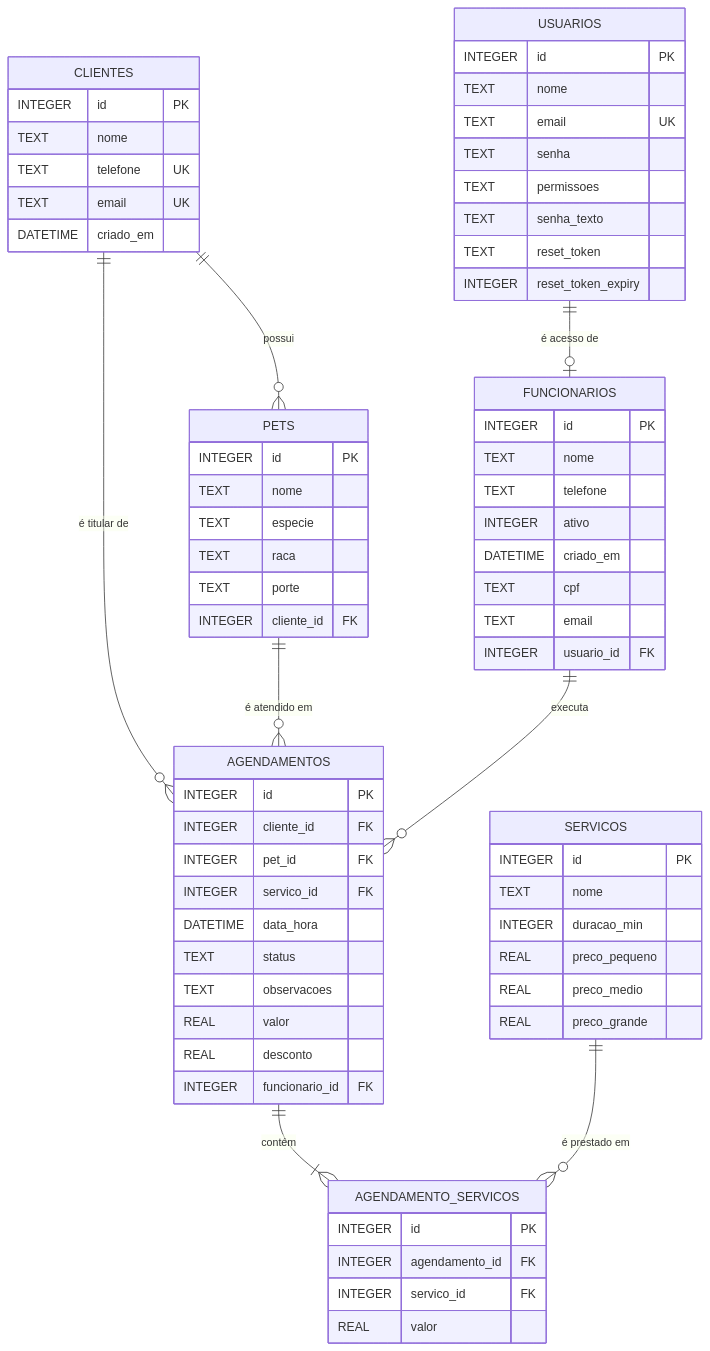
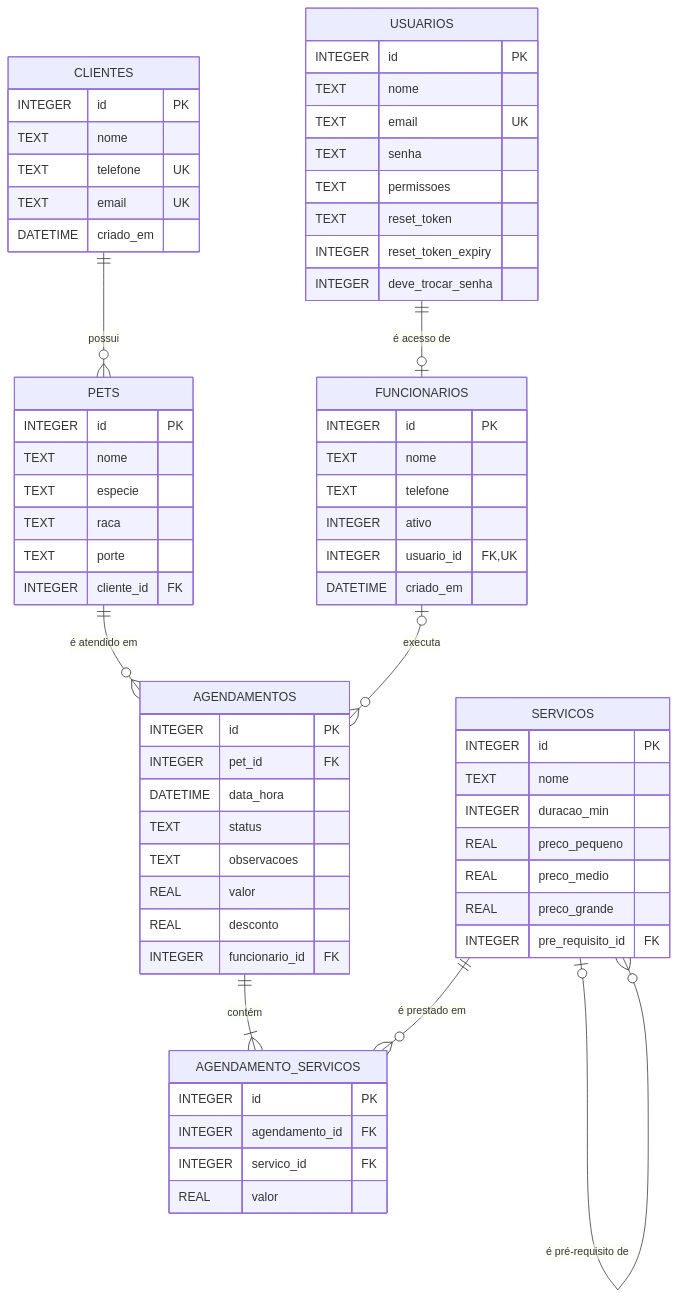
The diagram in docs/DER.md (adrianrothh/BiomaPetShop), drawn with Mermaid before and after one commit. The commit also changed other lines of this file and 12 other files, not shown here.

First line of the commit message:
feat: integridade referencial no schema com a migration 002 (BL-16, DT-06)

````diff
--- a/docs/DER.md
+++ b/docs/DER.md
@@ -13,78 +14,75 @@
 ```mermaid
 erDiagram
     USUARIOS ||--o| FUNCIONARIOS : "é acesso de"
     CLIENTES ||--o{ PETS : "possui"
-    CLIENTES ||--o{ AGENDAMENTOS : "é titular de"
     PETS ||--o{ AGENDAMENTOS : "é atendido em"
-    FUNCIONARIOS ||--o{ AGENDAMENTOS : "executa"
+    FUNCIONARIOS |o--o{ AGENDAMENTOS : "executa"
     AGENDAMENTOS ||--|{ AGENDAMENTO_SERVICOS : "contém"
     SERVICOS ||--o{ AGENDAMENTO_SERVICOS : "é prestado em"
+    SERVICOS |o--o{ SERVICOS : "é pré-requisito de"
 
     USUARIOS {
         INTEGER  id PK
         TEXT     nome
         TEXT     email UK
         TEXT     senha
         TEXT     permissoes
-        TEXT     senha_texto
         TEXT     reset_token
         INTEGER  reset_token_expiry
+        INTEGER  deve_trocar_senha
     }
 
     CLIENTES {
         INTEGER  id PK
         TEXT     nome
         TEXT     telefone UK
         TEXT     email UK
         DATETIME criado_em
     }
 
     PETS {
         INTEGER  id PK
         TEXT     nome
         TEXT     especie
         TEXT     raca
         TEXT     porte
         INTEGER  cliente_id FK
     }
 
     FUNCIONARIOS {
         INTEGER  id PK
         TEXT     nome
         TEXT     telefone
         INTEGER  ativo
+        INTEGER  usuario_id FK, UK
         DATETIME criado_em
-        TEXT     cpf
-        TEXT     email
-        INTEGER  usuario_id FK
     }
 
     SERVICOS {
         INTEGER  id PK
         TEXT     nome
         INTEGER  duracao_min
         REAL     preco_pequeno
         REAL     preco_medio
         REAL     preco_grande
+        INTEGER  pre_requisito_id FK
     }
 
     AGENDAMENTOS {
         INTEGER  id PK
-        INTEGER  cliente_id FK
         INTEGER  pet_id FK
-        INTEGER  servico_id FK
         DATETIME data_hora
         TEXT     status
         TEXT     observacoes
         REAL     valor
         REAL     desconto
         INTEGER  funcionario_id FK
     }
 
     AGENDAMENTO_SERVICOS {
         INTEGER  id PK
         INTEGER  agendamento_id FK
         INTEGER  servico_id FK
         REAL     valor
     }
 ```
````
